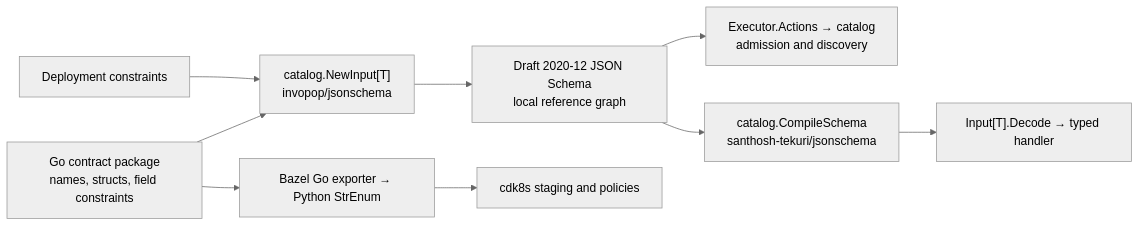
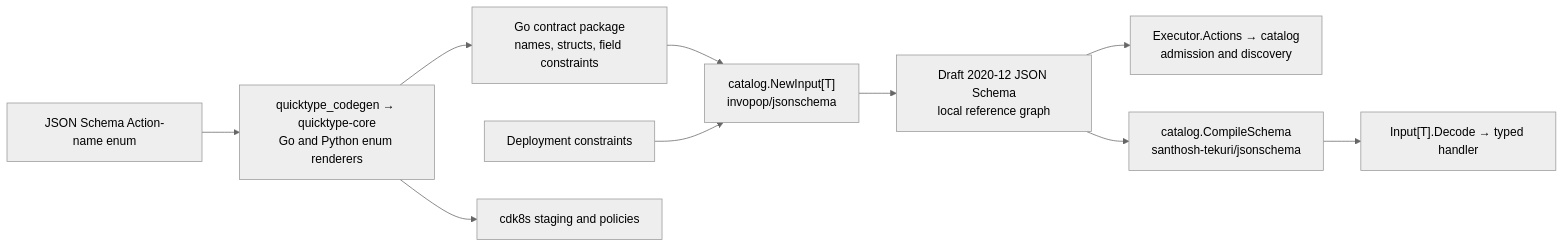
Before and after one commit to agentydragon/ducktape: the diagram in agentplane/action_service/README.md, drawn with Mermaid (neutral theme). The commit also changed other lines of this file and 13 other files, not shown here.

Commit message:
Generate the shared Sandbox Action vocabulary with quicktype

````diff
--- a/agentplane/action_service/README.md
+++ b/agentplane/action_service/README.md
@@ -345,11 +350,12 @@
 ```mermaid
 flowchart LR
     go["Go contract package<br/>names, structs, field constraints"] --> reflect["catalog.NewInput[T]<br/>invopop/jsonschema"]
     binding["Deployment constraints"] --> reflect
     reflect --> schema["Draft 2020-12 JSON Schema<br/>local reference graph"]
     schema --> advertise["Executor.Actions → catalog<br/>admission and discovery"]
     schema --> compile["catalog.CompileSchema<br/>santhosh-tekuri/jsonschema"]
     compile --> decode["Input[T].Decode → typed handler"]
-    go --> export["Bazel Go exporter → Python StrEnum"]
-    export --> cdk8s["cdk8s staging and policies"]
+    names["JSON Schema Action-name enum"] --> gen["quicktype_codegen → quicktype-core<br/>Go and Python enum renderers"]
+    gen --> go
+    gen --> cdk8s["cdk8s staging and policies"]
 ```
````
